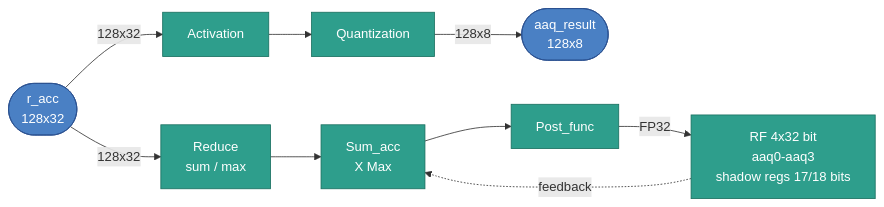
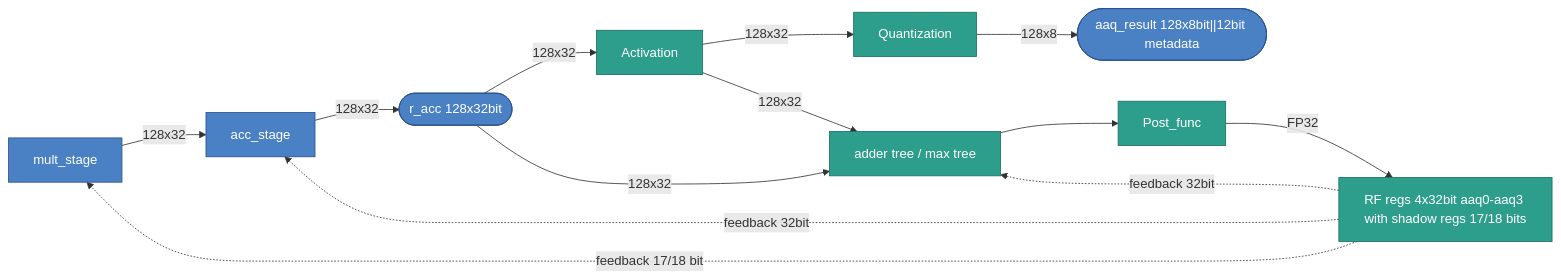
The diagram in docs/Module_spec/Stage-aaq.md (rechefe/ipu-emulator), drawn with Mermaid before and after one commit. The commit also changed other lines of this file, not shown here.

Commit message:
fix(docs): update AAQ stage specifications for clarity and accuracy

````diff
--- a/docs/Module_spec/Stage-aaq.md
+++ b/docs/Module_spec/Stage-aaq.md
@@ -14,23 +14,28 @@
 ```mermaid
 flowchart LR
-    ACC(["r_acc\n128x32"]):::blue
-    OUT(["aaq_result\n128x8"]):::blue
+    mult_stage:::blue
+    acc_stage:::blue
+    ACC(["r_acc 128x32bit"]):::blue
+    OUT(["aaq_result 128x8bit||12bit metadata "]):::blue
     ACT["Activation"]:::teal
     QUANT["Quantization"]:::teal
-    RED["Reduce\nsum / max"]:::teal
-    AGG["Sum_acc\nX Max"]:::teal
+    RED["adder tree / max tree"]:::teal
     PFN["Post_func"]:::teal
-    RF["RF 4x32 bit\naaq0-aaq3\nshadow regs 17/18 bits"]:::teal
+    RF["RF regs 4x32bit aaq0-aaq3 with shadow regs 17/18 bits"]:::teal
 
     ACC -->|128x32| ACT
     ACC -->|128x32| RED
-    ACT --> QUANT
+    ACT -->|128x32| QUANT
+    ACT --> |128x32| RED
     QUANT -->|128x8| OUT
-    RED --> AGG
-    AGG --> PFN
+    mult_stage --> |128x32| acc_stage
+    acc_stage --> |128x32| ACC
+    RED --> PFN
     PFN -->|FP32| RF
-    RF -.->|feedback| AGG
+    RF -.->|feedback 32bit| RED
+    RF -.->|feedback 17/18 bit| mult_stage
+    RF -.->|feedback 32bit| acc_stage
 
     classDef blue fill:#4a80c4,stroke:#2a5090,color:#fff
     classDef teal fill:#2e9e8c,stroke:#1a7060,color:#fff
 ```
````
